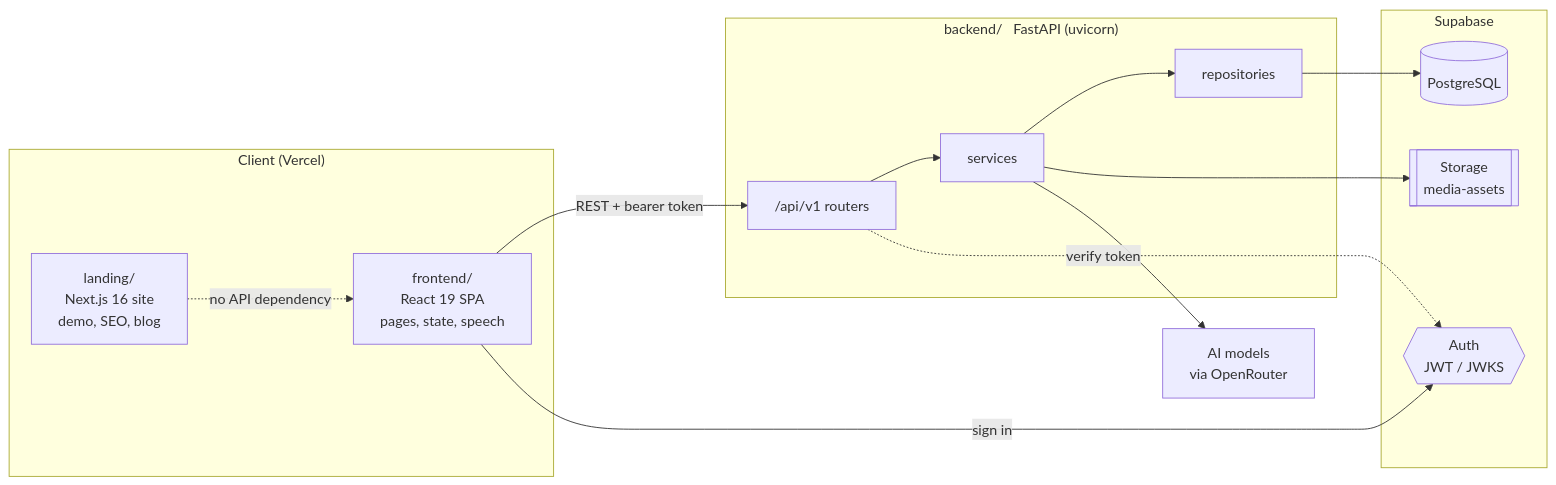
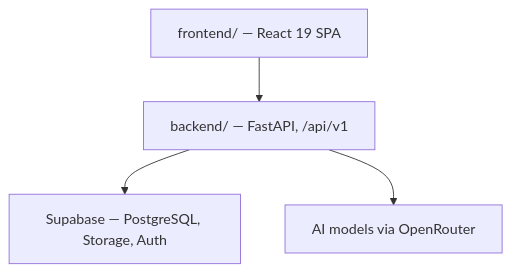
The diagram in README.md (CS3216-A3-G7/linguini), drawn with Mermaid before and after one commit.

Commit message:
Simplify README architecture diagram

````diff
--- a/README.md
+++ b/README.md
@@ -60,27 +60,11 @@
 ```mermaid
-flowchart LR
-  subgraph client["Client (Vercel)"]
-    app["frontend/<br/>React 19 SPA<br/>pages, state, speech"]
-    site["landing/<br/>Next.js 16 site<br/>demo, SEO, blog"]
-  end
+flowchart TD
+  app["frontend/ — React 19 SPA"]
+  api["backend/ — FastAPI, /api/v1"]
+  sb["Supabase — PostgreSQL, Storage, Auth"]
+  ai["AI models via OpenRouter"]
 
-  subgraph api["backend/ &nbsp; FastAPI (uvicorn)"]
-    routers["/api/v1 routers"] --> services["services"] --> repos["repositories"]
-  end
-
-  subgraph supabase["Supabase"]
-    db[("PostgreSQL")]
-    storage[["Storage<br/>media-assets"]]
-    auth{{"Auth<br/>JWT / JWKS"}}
-  end
-
-  ai["AI models<br/>via OpenRouter"]
-
-  app -- "REST + bearer token" --> routers
-  app -- "sign in" --> auth
-  repos --> db
-  services --> storage
-  services --> ai
-  routers -. "verify token" .-> auth
-  site -. "no API dependency" .-> app
+  app --> api
+  api --> sb
+  api --> ai
 ```
````
